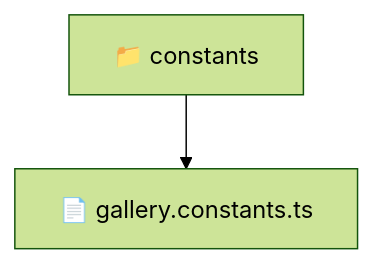
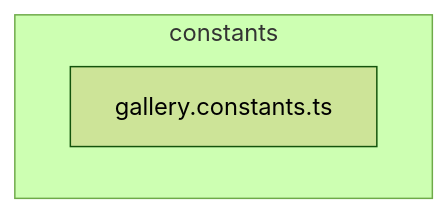
Before and after one commit to beginwebdev2002/fullstack-mavluda: the diagram in frontend/src/entities/gallery/constants/README.md, drawn with Mermaid (forest theme). The commit also changed other lines of this file and 163 other files, not shown here.

````diff
--- a/frontend/src/entities/gallery/constants/README.md
+++ b/frontend/src/entities/gallery/constants/README.md
@@ -11,5 +15,6 @@
 ```mermaid
 graph TD
-  Root["📁 constants"]
-  Root --> gallery_constants_ts["📄 gallery.constants.ts"]
+  subgraph constants
+    gallery_constants_ts["gallery.constants.ts"]
+  end
 ```
````
